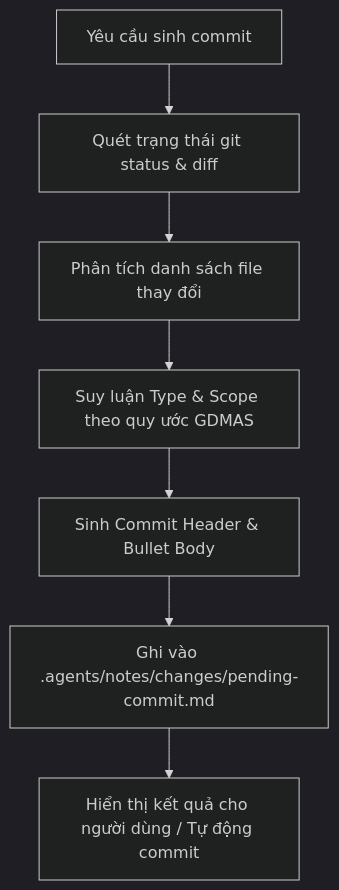
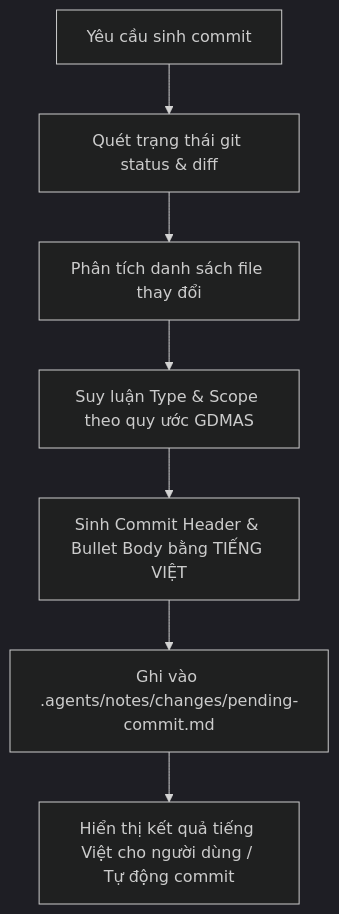
One commit to ThienleDuc/GDMAS changed the diagram in .agents/skills/generate-commit/SKILL.md. Above: the diagram before and after it, drawn with Mermaid (dark theme). The commit also changed other lines of this file and 22 other files, not shown here.

````diff
--- a/.agents/skills/generate-commit/SKILL.md
+++ b/.agents/skills/generate-commit/SKILL.md
@@ -18,9 +22,9 @@
 ```mermaid
 flowchart TD
     A[Yêu cầu sinh commit] --> B[Quét trạng thái git status & diff]
     B --> C[Phân tích danh sách file thay đổi]
     C --> D[Suy luận Type & Scope theo quy ước GDMAS]
-    D --> E[Sinh Commit Header & Bullet Body]
+    D --> E[Sinh Commit Header & Bullet Body bằng TIẾNG VIỆT]
     E --> F[Ghi vào .agents/notes/changes/pending-commit.md]
-    F --> G[Hiển thị kết quả cho người dùng / Tự động commit]
+    F --> G[Hiển thị kết quả tiếng Việt cho người dùng / Tự động commit]
 ```
````
